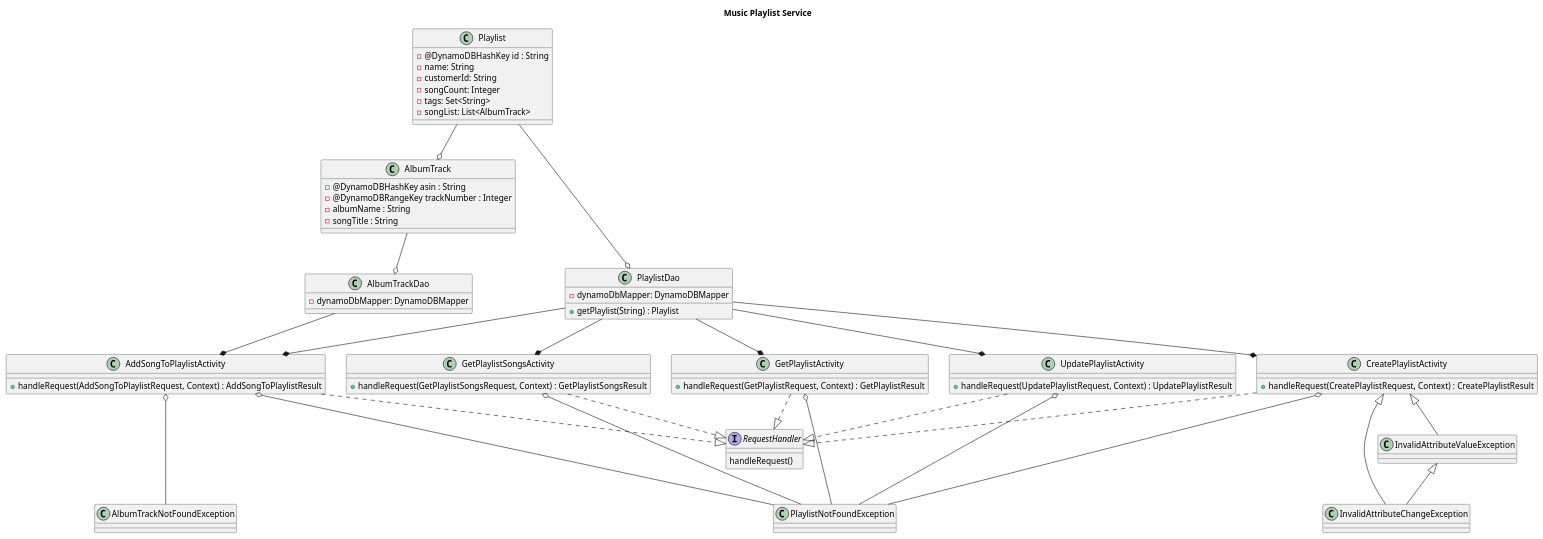
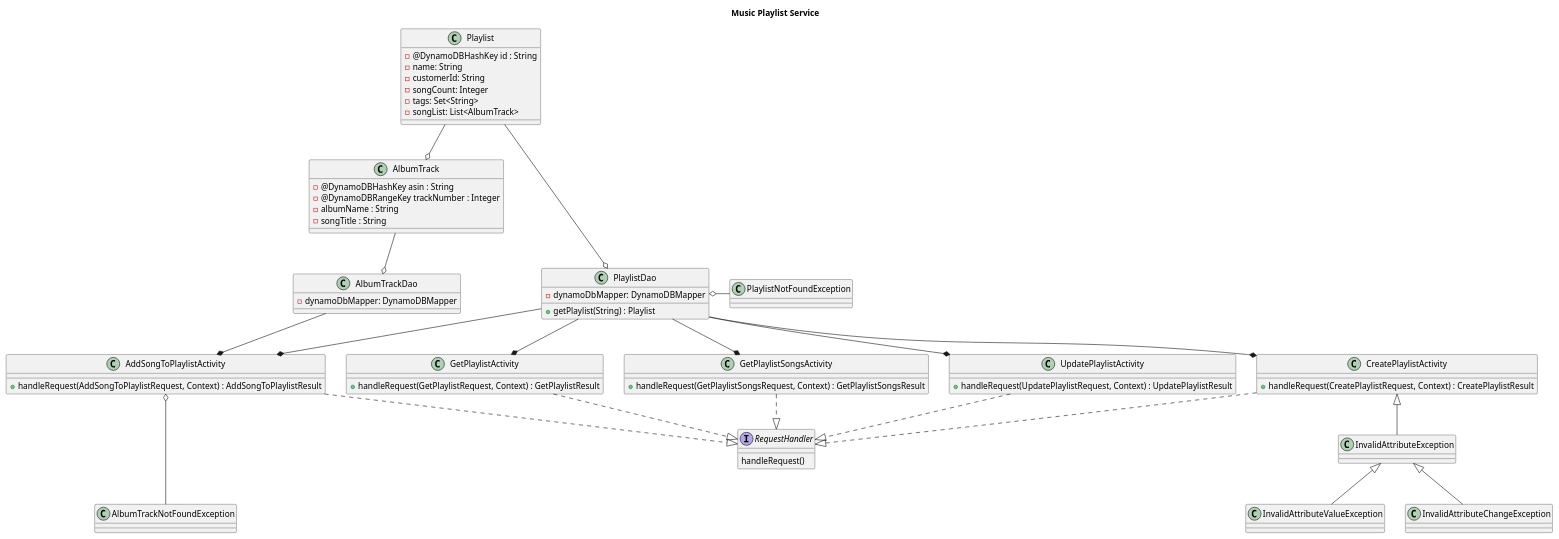
Before and after one commit to shannonsullivan/music-playlist-service: the diagram in src/resources/mastery-task1-music-playlist-CD.puml, drawn with PlantUML. The commit also changed 11 other files, not shown here.

Commit message:
Mastery Task 2: Exceptions Milestone 1: Designing an exception hierarchy Milestone 2: Implement UpdatePlaylistActivity

```diff
--- a/src/resources/mastery-task1-music-playlist-CD.puml
+++ b/src/resources/mastery-task1-music-playlist-CD.puml
@@ -1,93 +1,82 @@
 @startuml
 title Music Playlist Service
 
 Playlist --o AlbumTrack
 Playlist --o PlaylistDao
 AlbumTrack --o AlbumTrackDao
 
 class AlbumTrack {
   -@DynamoDBHashKey asin : String
   -@DynamoDBRangeKey trackNumber : Integer
   -albumName : String
   -songTitle : String
 }
 class Playlist {
   -@DynamoDBHashKey id : String
   -name: String
   -customerId: String
   -songCount: Integer
   -tags: Set<String>
   -songList: List<AlbumTrack>
 }
 class AlbumTrackDao {
   -dynamoDbMapper: DynamoDBMapper
 }
 class PlaylistDao {
   -dynamoDbMapper: DynamoDBMapper
   +getPlaylist(String) : Playlist
 }
 
 PlaylistDao --* AddSongToPlaylistActivity
 PlaylistDao --* CreatePlaylistActivity
 PlaylistDao --* GetPlaylistActivity
 PlaylistDao --* GetPlaylistSongsActivity
 PlaylistDao --* UpdatePlaylistActivity
 
 AlbumTrackDao --* AddSongToPlaylistActivity
 
 GetPlaylistActivity ..|> RequestHandler
 AddSongToPlaylistActivity ..|> RequestHandler
 CreatePlaylistActivity ..|> RequestHandler
 
 GetPlaylistSongsActivity ..|> RequestHandler
 UpdatePlaylistActivity ..|> RequestHandler
 
 class AddSongToPlaylistActivity {
     +handleRequest(AddSongToPlaylistRequest, Context) : AddSongToPlaylistResult
 }
 class CreatePlaylistActivity {
     +handleRequest(CreatePlaylistRequest, Context) : CreatePlaylistResult
 }
 class GetPlaylistActivity {
     +handleRequest(GetPlaylistRequest, Context) : GetPlaylistResult
 }
 class GetPlaylistSongsActivity {
     +handleRequest(GetPlaylistSongsRequest, Context) : GetPlaylistSongsResult
 }
 class UpdatePlaylistActivity {
     +handleRequest(UpdatePlaylistRequest, Context) : UpdatePlaylistResult
 }
 interface RequestHandler {
     handleRequest()
 }
 AddSongToPlaylistActivity o--- AlbumTrackNotFoundException
-AddSongToPlaylistActivity o--- PlaylistNotFoundException
-CreatePlaylistActivity o--- PlaylistNotFoundException
-GetPlaylistActivity o--- PlaylistNotFoundException
-GetPlaylistSongsActivity  o--- PlaylistNotFoundException
-UpdatePlaylistActivity o--- PlaylistNotFoundException
 
-'PlaylistDao o-- InvalidAttributeValueException
-'PlaylistDao o-- InvalidAttributeChangeException
-'RuntimeException o-- InvalidAttributeValueException
-'RuntimeException o-- InvalidAttributeChangeException
-'class RuntimeException {
-'}
+PlaylistDao o- PlaylistNotFoundException
 
-CreatePlaylistActivity <|-- InvalidAttributeChangeException
-CreatePlaylistActivity <|-- InvalidAttributeValueException
-InvalidAttributeValueException <|-- InvalidAttributeChangeException
+CreatePlaylistActivity <|-- InvalidAttributeException
+InvalidAttributeException <|-- InvalidAttributeValueException
+InvalidAttributeException <|-- InvalidAttributeChangeException
 
-class AlbumTrackNotFoundException {
-
-}
-class PlaylistNotFoundException {
-
+class InvalidAttributeException {
 }
 class InvalidAttributeValueException {
-
 }
 class InvalidAttributeChangeException {
 }
+class AlbumTrackNotFoundException {
+}
+class PlaylistNotFoundException {
+}
 
 @enduml
```
